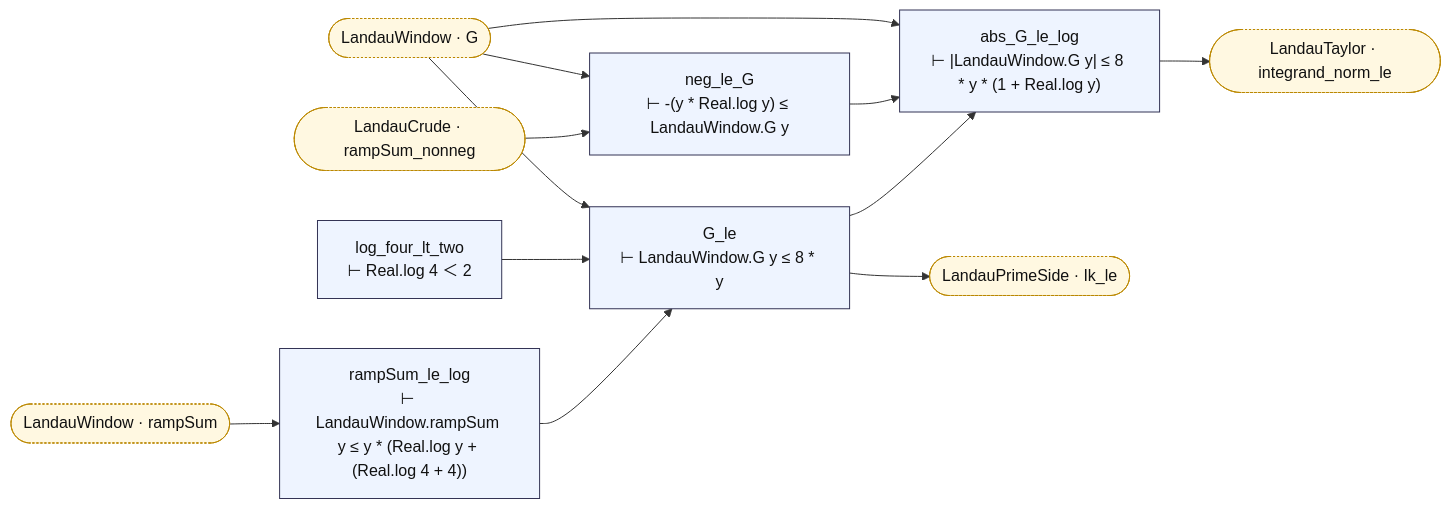
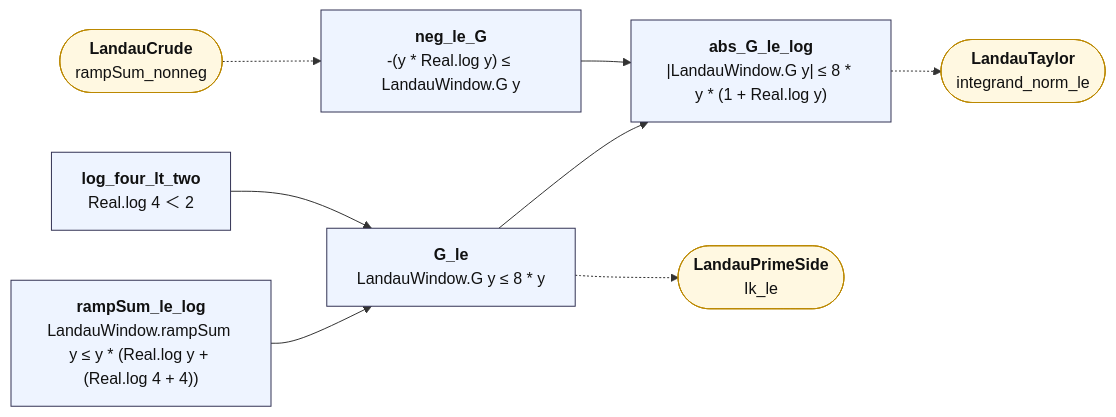
The diagram in map/lean_stage3/LandauChebyshev.md (juliansambranojr/Primebeat_081426), drawn with Mermaid before and after one commit. The commit also changed other lines of this file and 387 other files, not shown here.

````diff
--- a/map/lean_stage3/LandauChebyshev.md
+++ b/map/lean_stage3/LandauChebyshev.md
@@ -8,30 +12,23 @@
 ```mermaid
 flowchart LR
-  n0["rampSum_le_log<br/>⊢ LandauWindow.rampSum y ≤ y * (Real.log y + (Real.log 4 + 4))"]:::thm
-  n1["log_four_lt_two<br/>⊢ Real.log 4 ＜ 2"]:::thm
-  n2["G_le<br/>⊢ LandauWindow.G y ≤ 8 * y"]:::thm
-  n3["neg_le_G<br/>⊢ -(y * Real.log y) ≤ LandauWindow.G y"]:::thm
-  n4["abs_G_le_log<br/>⊢ |LandauWindow.G y| ≤ 8 * y * (1 + Real.log y)"]:::thm
-  x0(["LandauCrude · rampSum_nonneg"]):::ext
-  x1(["LandauPrimeSide · Ik_le"]):::ext
-  x2(["LandauTaylor · integrand_norm_le"]):::ext
-  x3(["LandauWindow · G"]):::ext
-  x4(["LandauWindow · rampSum"]):::ext
+  n0["<b>rampSum_le_log</b><br/>LandauWindow.rampSum y ≤ y * (Real.log y + (Real.log 4 + 4))"]:::thm
+  n1["<b>log_four_lt_two</b><br/>Real.log 4 ＜ 2"]:::thm
+  n2["<b>G_le</b><br/>LandauWindow.G y ≤ 8 * y"]:::thm
+  n3["<b>neg_le_G</b><br/>-(y * Real.log y) ≤ LandauWindow.G y"]:::thm
+  n4["<b>abs_G_le_log</b><br/>|LandauWindow.G y| ≤ 8 * y * (1 + Real.log y)"]:::thm
+  x0(["<b>LandauPrimeSide</b><br/>Ik_le"]):::ext
+  x1(["<b>LandauCrude</b><br/>rampSum_nonneg"]):::ext
+  x2(["<b>LandauTaylor</b><br/>integrand_norm_le"]):::ext
   n0 --> n2
   n1 --> n2
   n2 --> n4
-  n2 --> x1
   n3 --> n4
-  n4 --> x2
-  x0 --> n3
-  x3 --> n2
-  x3 --> n3
-  x3 --> n4
-  x4 --> n0
+  n2 -.-> x0
+  n4 -.-> x2
+  x1 -.-> n3
   classDef thm fill:#eef4ff,stroke:#335,color:#111
-  classDef dfn fill:#f2f2f2,stroke:#777,color:#111
   classDef end_ fill:#e7f7e7,stroke:#2a7,color:#111,stroke-width:2px
   classDef lone fill:#fff,stroke:#999,color:#111,stroke-dasharray:4 3
   classDef bad fill:#ffe5e5,stroke:#c22,color:#111,stroke-width:2px
-  classDef ext fill:#fff8e1,stroke:#b80,color:#111,stroke-dasharray:2 2
+  classDef ext fill:#fff8e1,stroke:#b80,color:#111
 ```
````
